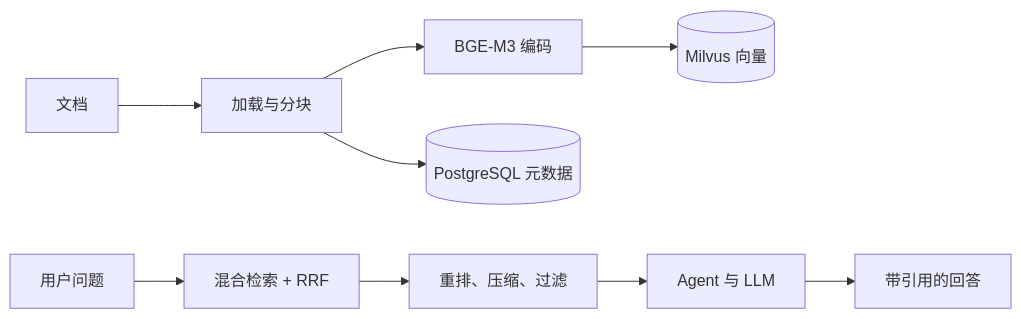
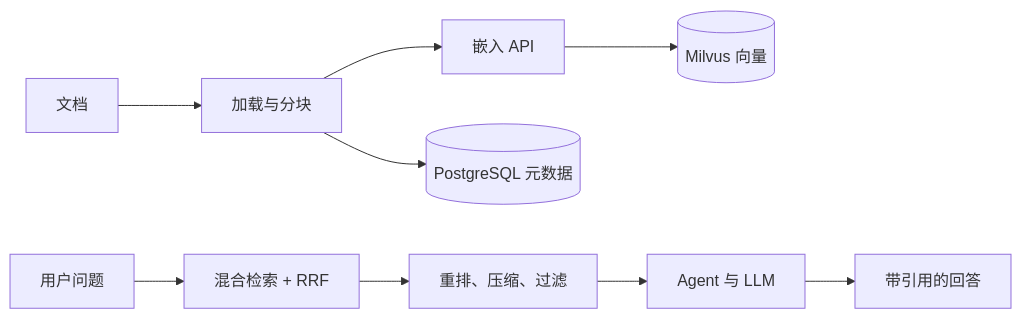
The diagram in README_zh.md (lg114/RagMate), drawn with Mermaid before and after one commit. The commit also changed other lines of this file and 14 other files, not shown here.

````diff
--- a/README_zh.md
+++ b/README_zh.md
@@ -183,11 +192,11 @@
 ```mermaid
 flowchart LR
     D[文档] --> P[加载与分块]
-    P --> E[BGE-M3 编码]
+    P --> E[嵌入 API]
     E --> V[(Milvus 向量)]
     P --> M[(PostgreSQL 元数据)]
     Q[用户问题] --> R[混合检索 + RRF]
     R --> RR[重排、压缩、过滤]
     RR --> A[Agent 与 LLM]
     A --> O[带引用的回答]
 ```
````
